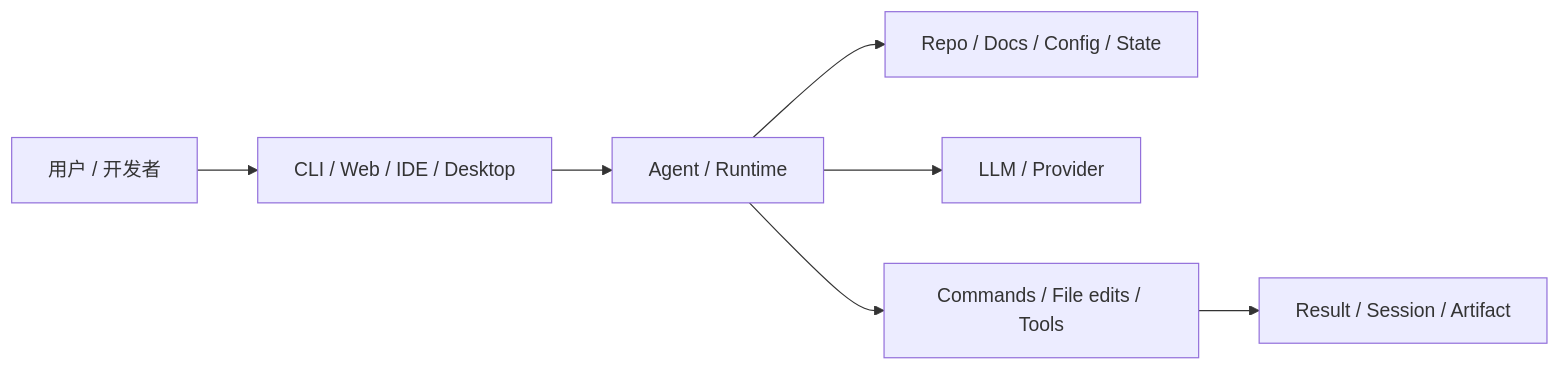
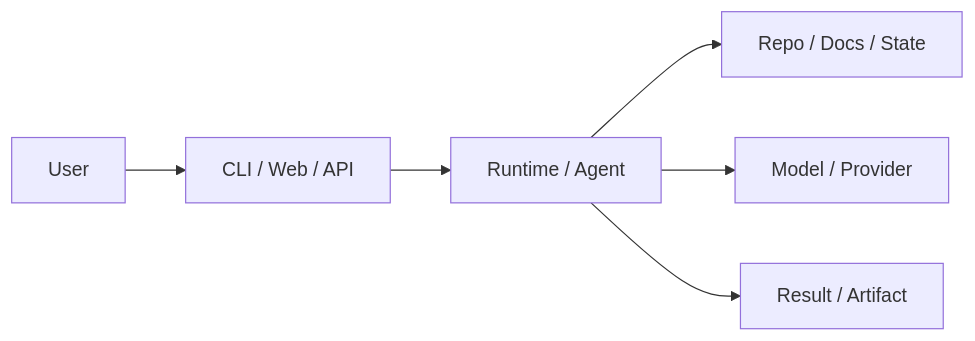
One commit to utertop/Making-a-fortune-daily-by-studying-AI changed the first of 2 diagrams in knowledge-base/templates/deep-project-dossier.md. Above: the diagram before and after it, drawn with Mermaid. The commit also changed other lines of this file and 7 other files, not shown here.

````diff
--- a/knowledge-base/templates/deep-project-dossier.md
+++ b/knowledge-base/templates/deep-project-dossier.md
@@ -114,9 +51,8 @@
 ```mermaid
 flowchart LR
-    User[用户 / 开发者] --> Entry[CLI / Web / IDE / Desktop]
-    Entry --> Agent[Agent / Runtime]
-    Agent --> Context[Repo / Docs / Config / State]
-    Agent --> Model[LLM / Provider]
-    Agent --> Actions[Commands / File edits / Tools]
-    Actions --> Output[Result / Session / Artifact]
+    User[User] --> Entry[CLI / Web / API]
+    Entry --> Runtime[Runtime / Agent]
+    Runtime --> Context[Repo / Docs / State]
+    Runtime --> Model[Model / Provider]
+    Runtime --> Output[Result / Artifact]
 ```
````
